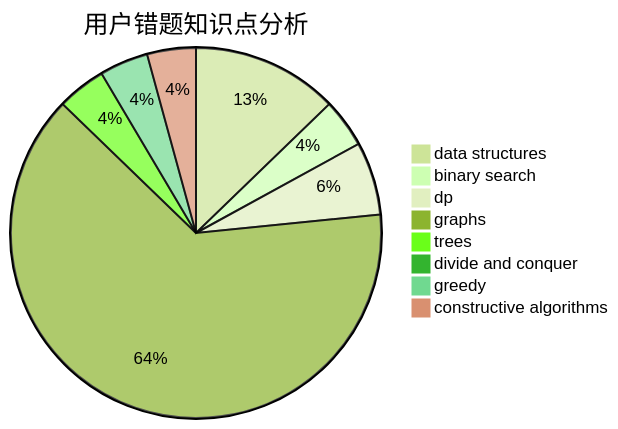
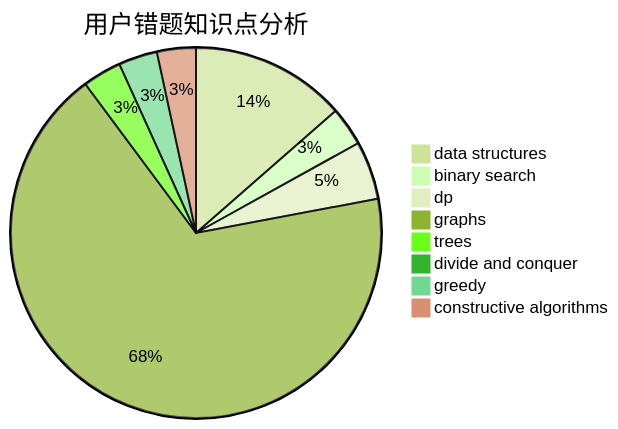
Before and after one commit to sherpahu/cfrs.github.io: the third of 3 diagrams in docs/user/u1530.md, drawn with Mermaid (forest theme). The commit also changed other lines of this file and 2770 other files, not shown here.

````diff
--- a/docs/user/u1530.md
+++ b/docs/user/u1530.md
@@ -36,11 +36,11 @@
 ```mermaid
 pie title 用户错题知识点分析
-    "data structures" :  6
+    "data structures" :  8
     "binary search" :  2
     "dp" :  3
-    "graphs" :  30
+    "graphs" :  40
     "trees" :  2
     "divide and conquer" :  0
     "greedy" :  2
     "constructive algorithms" :  2
 ```
````
